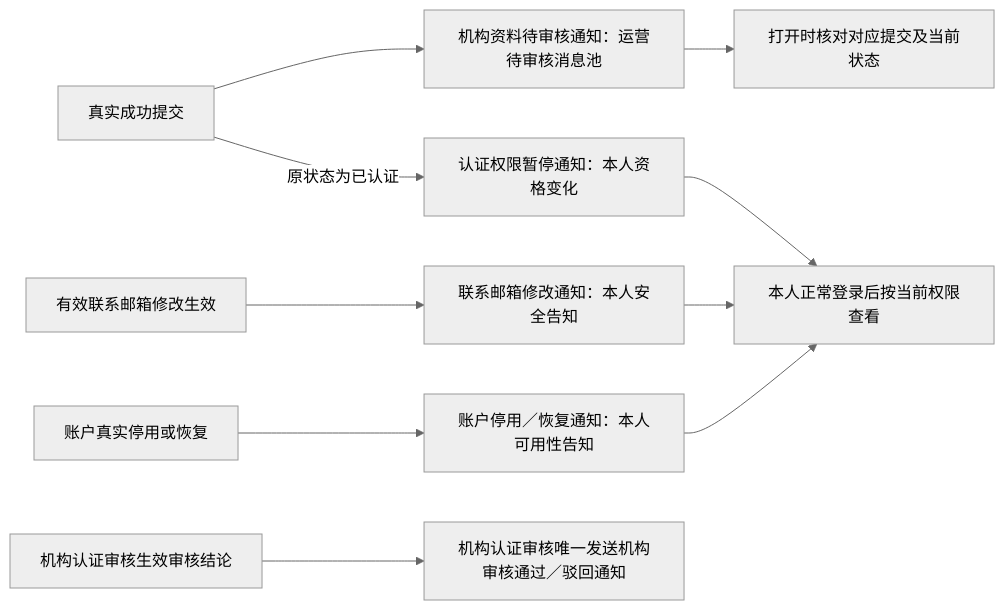
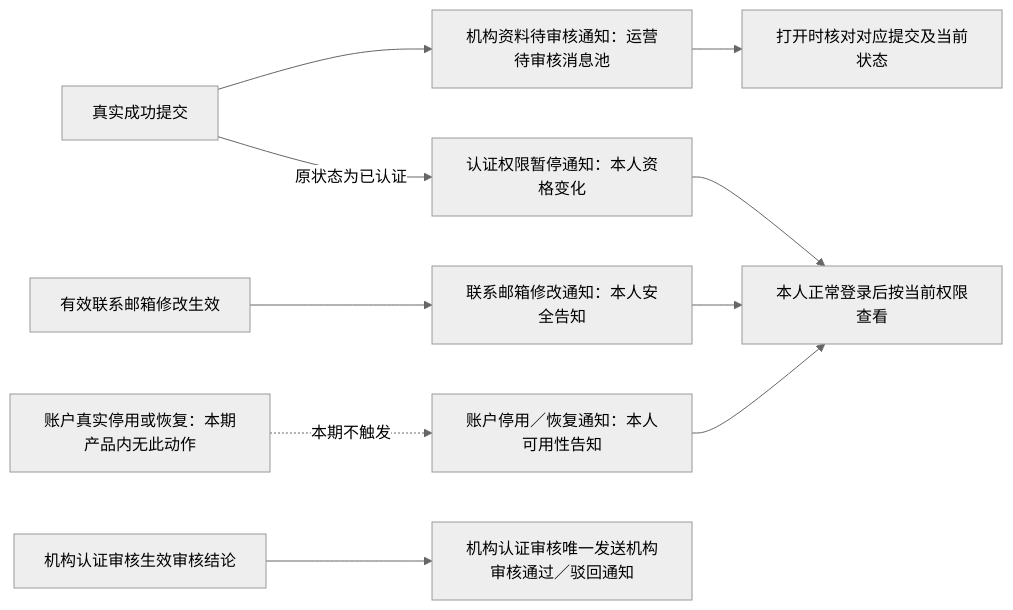
One commit to wxblockchain/Chain-Financing changed the sixth of 9 diagrams in lending-platform/PRD/面客端/02-资金方登录与账户体系/02-资金方登录与账户体系-流程图与状态机.md. Above: the diagram before and after it, drawn with Mermaid (neutral theme). The commit also changed other lines of this file and 11 other files, not shown here.

````diff
--- a/lending-platform/PRD/面客端/02-资金方登录与账户体系/02-资金方登录与账户体系-流程图与状态机.md
+++ b/lending-platform/PRD/面客端/02-资金方登录与账户体系/02-资金方登录与账户体系-流程图与状态机.md
@@ -157,12 +157,12 @@
 ```mermaid
 flowchart LR
     A[真实成功提交] --> O[机构资料待审核通知：运营待审核消息池]
     A -->|原状态为已认证| F[认证权限暂停通知：本人资格变化]
     B[有效联系邮箱修改生效] --> G[联系邮箱修改通知：本人安全告知]
-    C[账户真实停用或恢复] --> H[账户停用／恢复通知：本人可用性告知]
+    C[账户真实停用或恢复：本期产品内无此动作] -.本期不触发.-> H[账户停用／恢复通知：本人可用性告知]
     D[机构认证审核生效审核结论] --> I[机构认证审核唯一发送机构审核通过／驳回通知]
     O --> J[打开时核对对应提交及当前状态]
     F --> K[本人正常登录后按当前权限查看]
     G --> K
     H --> K
 ```
````
